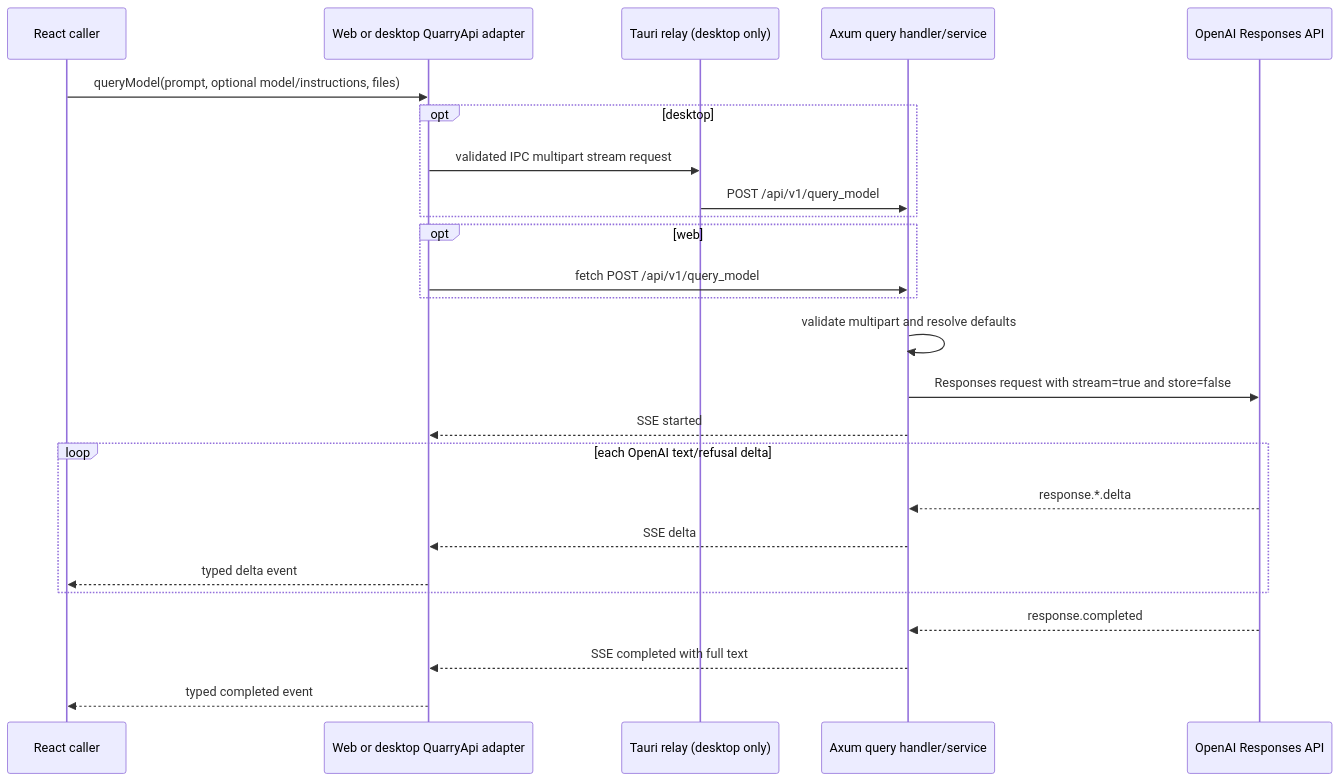
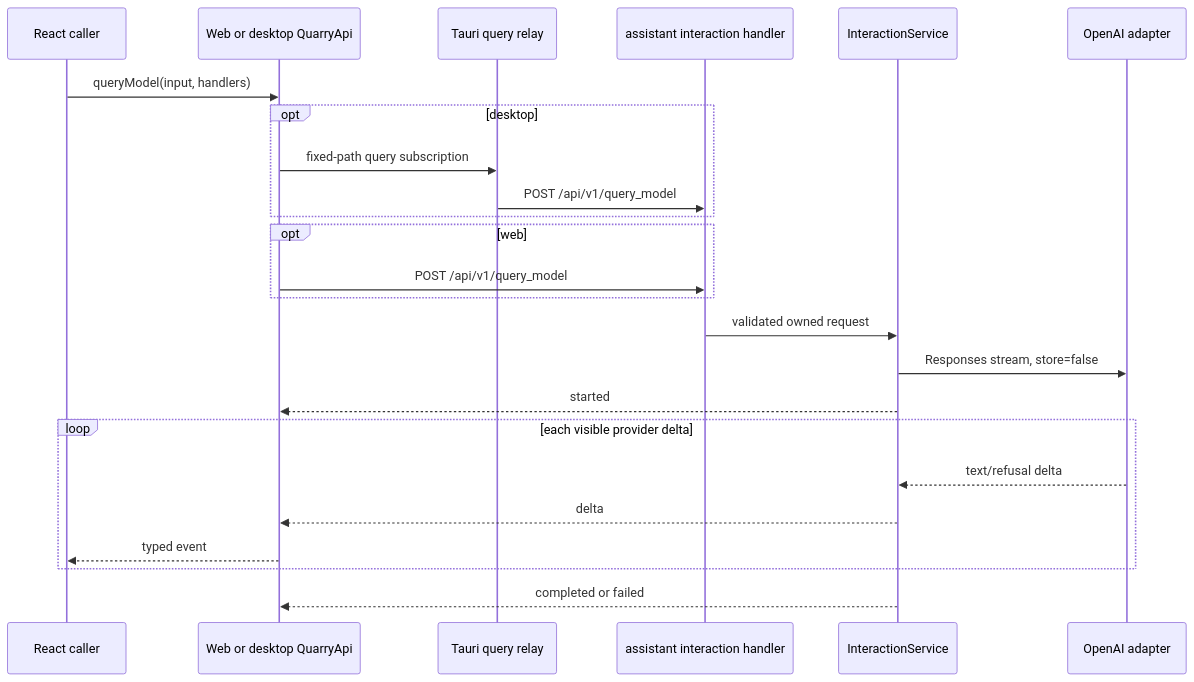
One commit to ratik-gambhir-WM/Quarry changed the diagram in plans/quarry-send-query-sse-plan.md. Above: the diagram before and after it, drawn with Mermaid. The commit also changed other lines of this file and 2 other files, not shown here.

````diff
--- a/plans/quarry-send-query-sse-plan.md
+++ b/plans/quarry-send-query-sse-plan.md
@@ -185,28 +161,27 @@
 ```mermaid
 sequenceDiagram
-    participant UI as React caller
-    participant Adapter as Web or desktop QuarryApi adapter
-    participant Tauri as Tauri relay (desktop only)
-    participant API as Axum query handler/service
-    participant OAI as OpenAI Responses API
+    participant Caller as React caller
+    participant Adapter as Web or desktop QuarryApi
+    participant Tauri as Tauri query relay
+    participant Handler as assistant interaction handler
+    participant Service as InteractionService
+    participant OpenAI as OpenAI adapter
 
-    UI->>Adapter: queryModel(prompt, optional model/instructions, files)
+    Caller->>Adapter: queryModel(input, handlers)
     opt desktop
-        Adapter->>Tauri: validated IPC multipart stream request
-        Tauri->>API: POST /api/v1/query_model
+        Adapter->>Tauri: fixed-path query subscription
+        Tauri->>Handler: POST /api/v1/query_model
     end
     opt web
-        Adapter->>API: fetch POST /api/v1/query_model
+        Adapter->>Handler: POST /api/v1/query_model
     end
-    API->>API: validate multipart and resolve defaults
-    API->>OAI: Responses request with stream=true and store=false
-    API-->>Adapter: SSE started
-    loop each OpenAI text/refusal delta
-        OAI-->>API: response.*.delta
-        API-->>Adapter: SSE delta
-        Adapter-->>UI: typed delta event
+    Handler->>Service: validated owned request
+    Service->>OpenAI: Responses stream, store=false
+    Service-->>Adapter: started
+    loop each visible provider delta
+        OpenAI-->>Service: text/refusal delta
+        Service-->>Adapter: delta
+        Adapter-->>Caller: typed event
     end
-    OAI-->>API: response.completed
-    API-->>Adapter: SSE completed with full text
-    Adapter-->>UI: typed completed event
+    Service-->>Adapter: completed or failed
 ```
````
